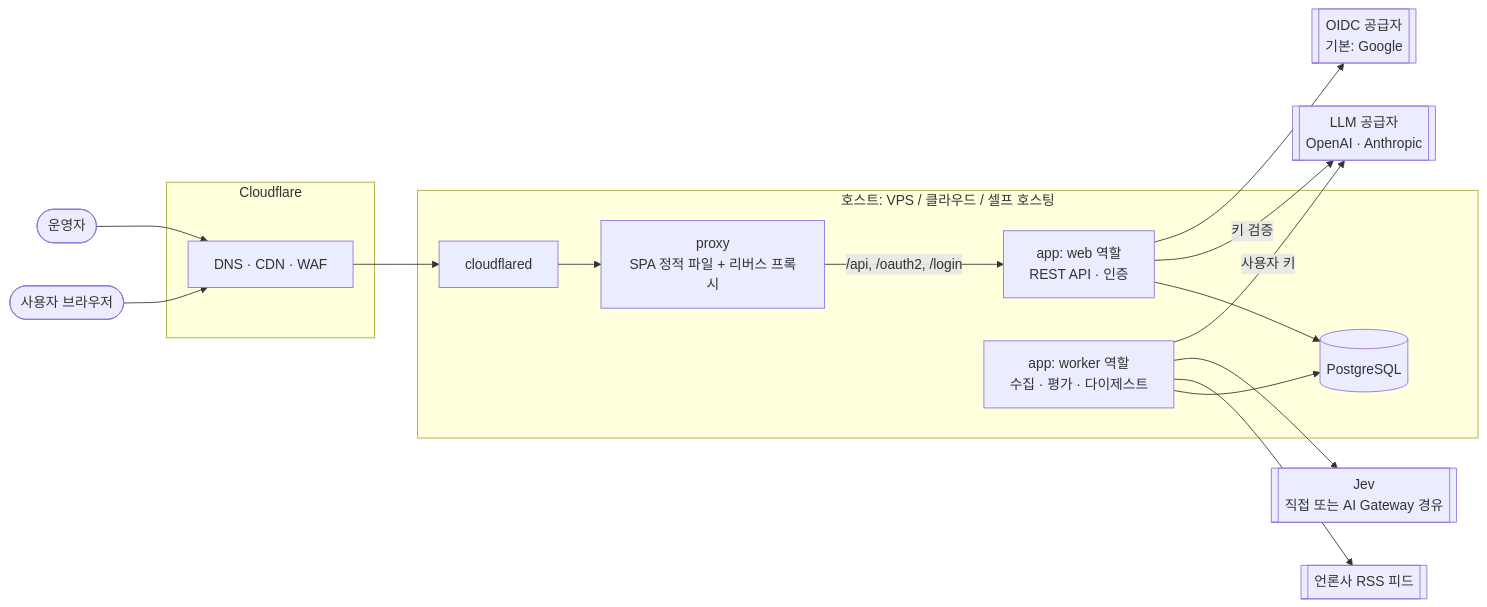
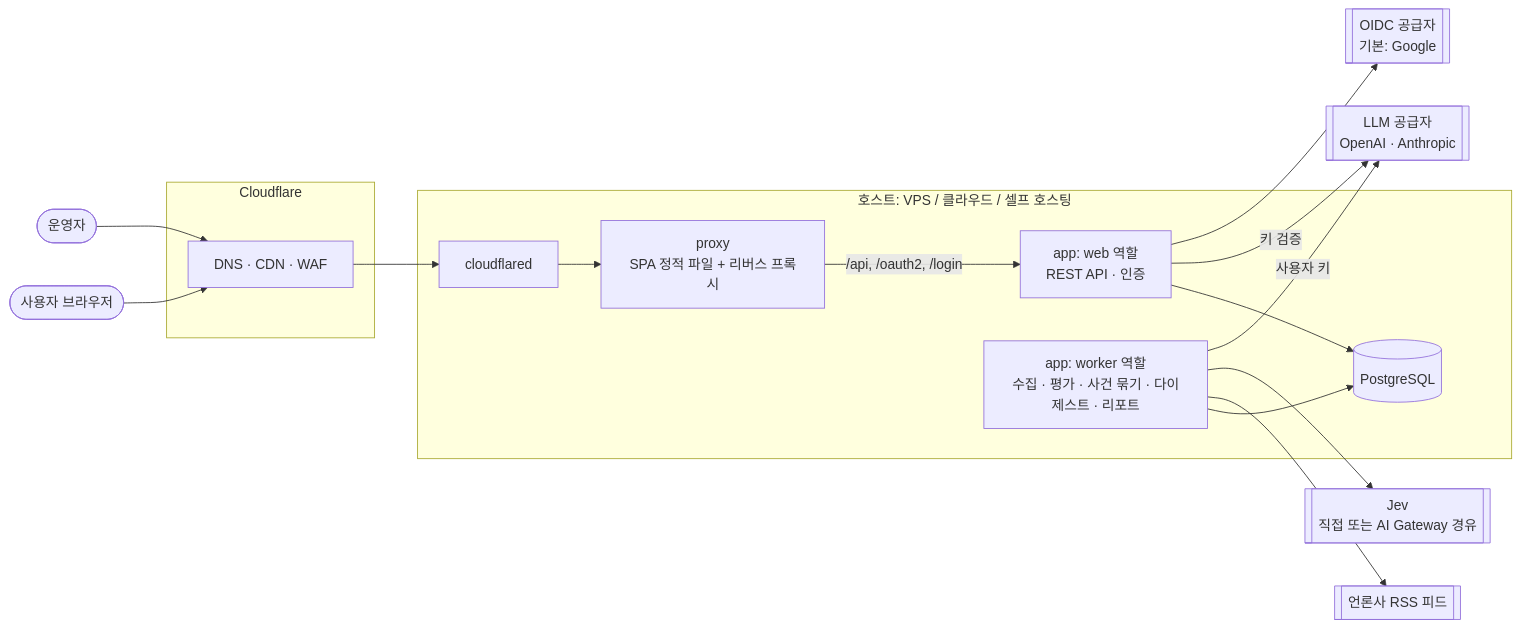
Before and after one commit to Theia0382/yozm-news: the first of 2 diagrams in docs/overview.md, drawn with Mermaid. The commit also changed other lines of this file and 3 other files, not shown here.

````diff
--- a/docs/overview.md
+++ b/docs/overview.md
@@ -62,30 +73,30 @@
 ```mermaid
 flowchart LR
     user([사용자 브라우저])
     admin([운영자])
     subgraph CF[Cloudflare]
         edge[DNS · CDN · WAF]
     end
     subgraph Host[호스트: VPS / 클라우드 / 셀프 호스팅]
         tunnel[cloudflared]
         proxy[proxy<br/>SPA 정적 파일 + 리버스 프록시]
         web[app: web 역할<br/>REST API · 인증]
-        worker[app: worker 역할<br/>수집 · 평가 · 다이제스트]
+        worker[app: worker 역할<br/>수집 · 평가 · 사건 묶기 · 다이제스트 · 리포트]
         db[(PostgreSQL)]
     end
     feeds[[언론사 RSS 피드]]
     jev[[Jev<br/>직접 또는 AI Gateway 경유]]
     llm[[LLM 공급자<br/>OpenAI · Anthropic]]
     oauth[[OIDC 공급자<br/>기본: Google]]
 
     user --> edge --> tunnel --> proxy
     admin --> edge
     proxy -->|/api, /oauth2, /login| web
     web --> db
     worker --> db
     worker --> feeds
     worker --> jev
     worker -->|사용자 키| llm
     web -->|키 검증| llm
     web --> oauth
 ```
````
